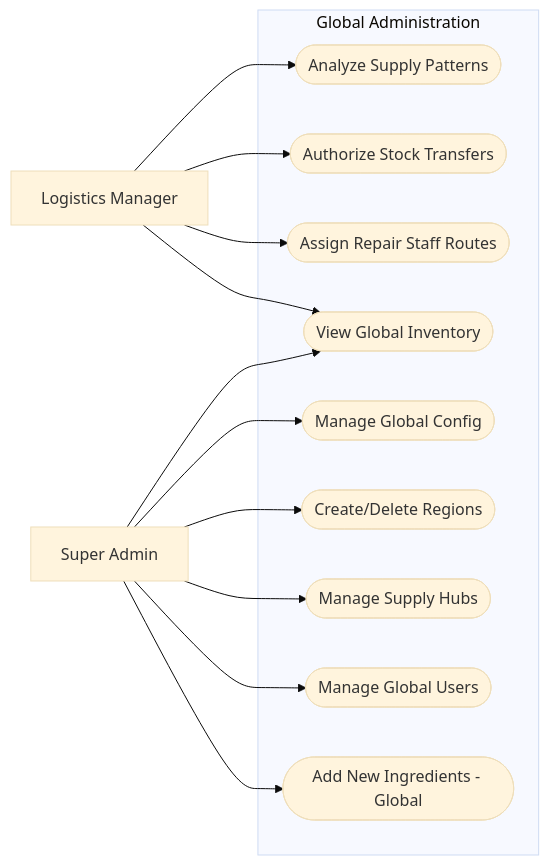
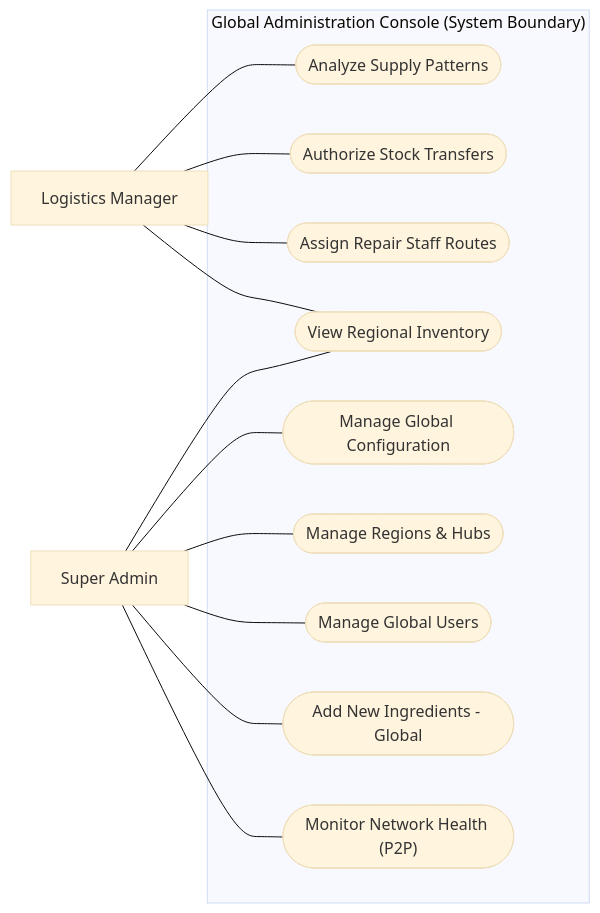
One commit to CS3450-Team-3/codepop changed the third of 3 diagrams in documents/new_docs/Requirements_v2.md. Above: the diagram before and after it, drawn with Mermaid (base theme). The commit also changed other lines of this file, not shown here.

````diff
--- a/documents/new_docs/Requirements_v2.md
+++ b/documents/new_docs/Requirements_v2.md
@@ -672,32 +753,29 @@
 ```mermaid
 flowchart LR
-    %% Users
-    Logistics[Logistics Manager]
-    SuperAdmin[Super Admin]
+    Logistics["Logistics Manager"]
+    SuperAdmin["Super Admin"]
 
-    subgraph "Global Administration"
-        uc_analyze([Analyze Supply Patterns])
-        uc_auth([Authorize Stock Transfers])
-        uc_route([Assign Repair Staff Routes])
-        uc_global_inv([View Global Inventory])
-
-        uc_config([Manage Global Config])
-        uc_regions([Create/Delete Regions])
-        uc_hubs([Manage Supply Hubs])
-        uc_users([Manage Global Users])
-        uc_add_ingred([Add New Ingredients - Global])
+    subgraph "Global Administration Console (System Boundary)"
+        GA1(["Analyze Supply Patterns"])
+        GA2(["Authorize Stock Transfers"])
+        GA4(["Assign Repair Staff Routes"])
+        GA3(["View Regional Inventory"])
+        GA5(["Manage Global Configuration"])
+        GA6(["Manage Regions & Hubs"])
+        GA7(["Manage Global Users"])
+        GA8(["Add New Ingredients - Global"])
+        GA9(["Monitor Network Health (P2P)"])
     end
 
-    %% Relationships
-    Logistics --> uc_analyze
-    Logistics --> uc_auth
-    Logistics --> uc_route
-    Logistics --> uc_global_inv
+    Logistics --- GA1
+    Logistics --- GA2
+    Logistics --- GA4
+    Logistics --- GA3
 
-    SuperAdmin --> uc_global_inv
-    SuperAdmin --> uc_config
-    SuperAdmin --> uc_regions
-    SuperAdmin --> uc_hubs
-    SuperAdmin --> uc_users
-    SuperAdmin --> uc_add_ingred
+    SuperAdmin --- GA3
+    SuperAdmin --- GA5
+    SuperAdmin --- GA6
+    SuperAdmin --- GA7
+    SuperAdmin --- GA8
+    SuperAdmin --- GA9
 ```
````
